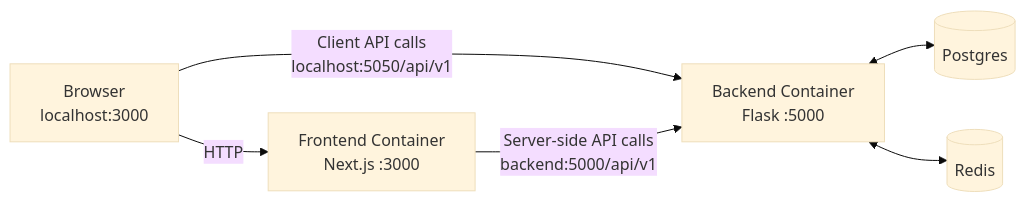
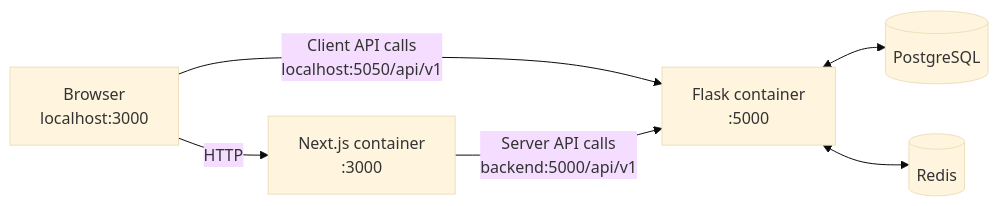
One commit to jeffreymutethia/Seattle-Pulse changed the second of 3 diagrams in docs/ARCHITECTURE.md. Above: the diagram before and after it, drawn with Mermaid (base theme). The commit also changed other lines of this file and 15 other files, not shown here.

````diff
--- a/docs/ARCHITECTURE.md
+++ b/docs/ARCHITECTURE.md
@@ -10,8 +34,8 @@
 ```mermaid
 flowchart LR
-    B[Browser<br/>localhost:3000] -->|HTTP| F[Frontend Container<br/>Next.js :3000]
-    B -->|Client API calls<br/>localhost:5050/api/v1| K[Backend Container<br/>Flask :5000]
-    F -->|Server-side API calls<br/>backend:5000/api/v1| K
-    K <--> P[(Postgres)]
+    B[Browser<br/>localhost:3000] -->|HTTP| F[Next.js container<br/>:3000]
+    B -->|Client API calls<br/>localhost:5050/api/v1| K[Flask container<br/>:5000]
+    F -->|Server API calls<br/>backend:5000/api/v1| K
+    K <--> P[(PostgreSQL)]
     K <--> R[(Redis)]
 ```
````
